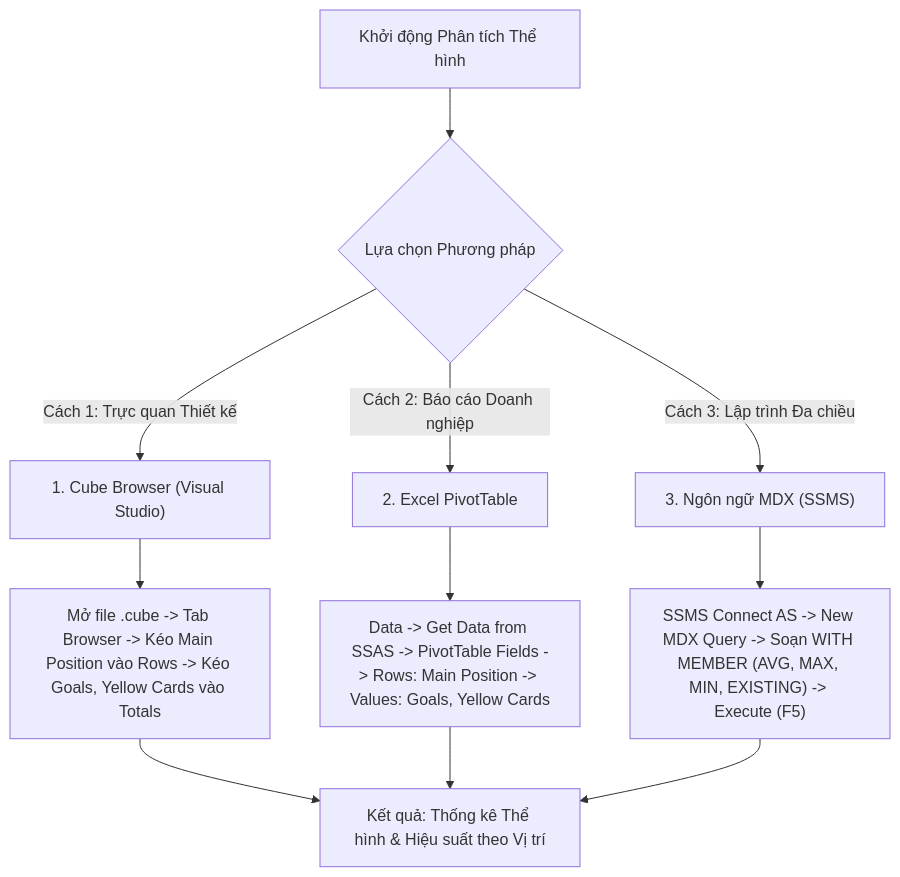
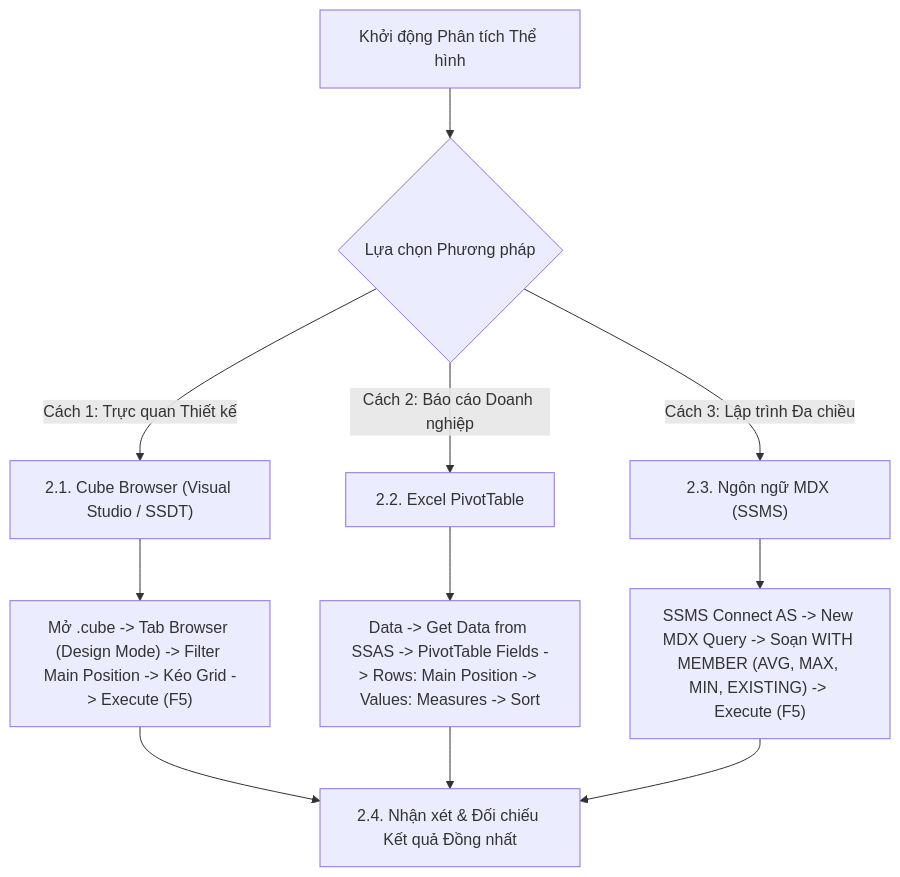
The diagram in mdx/query_06.md (snowflake-vibing/Kho_du_lieu_OLAP), drawn with Mermaid before and after one commit. The commit also changed other lines of this file and 9 other files, not shown here.

````diff
--- a/mdx/query_06.md
+++ b/mdx/query_06.md
@@ -38,16 +40,16 @@
 ```mermaid
 flowchart TD
     Start["Khởi động Phân tích Thể hình"] --> Choice{"Lựa chọn Phương pháp"}
 
-    Choice -->|"Cách 1: Trực quan Thiết kế"| CB["1. Cube Browser (Visual Studio)"]
-    Choice -->|"Cách 2: Báo cáo Doanh nghiệp"| Excel["2. Excel PivotTable"]
-    Choice -->|"Cách 3: Lập trình Đa chiều"| MDX["3. Ngôn ngữ MDX (SSMS)"]
+    Choice -->|"Cách 1: Trực quan Thiết kế"| CB["2.1. Cube Browser (Visual Studio / SSDT)"]
+    Choice -->|"Cách 2: Báo cáo Doanh nghiệp"| Excel["2.2. Excel PivotTable"]
+    Choice -->|"Cách 3: Lập trình Đa chiều"| MDX["2.3. Ngôn ngữ MDX (SSMS)"]
 
-    CB --> CB_Step["Mở file .cube -> Tab Browser -> Kéo Main Position vào Rows -> Kéo Goals, Yellow Cards vào Totals"]
-    Excel --> Excel_Step["Data -> Get Data from SSAS -> PivotTable Fields -> Rows: Main Position -> Values: Goals, Yellow Cards"]
+    CB --> CB_Step["Mở .cube -> Tab Browser (Design Mode) -> Filter Main Position -> Kéo Grid -> Execute (F5)"]
+    Excel --> Excel_Step["Data -> Get Data from SSAS -> PivotTable Fields -> Rows: Main Position -> Values: Measures -> Sort"]
     MDX --> MDX_Step["SSMS Connect AS -> New MDX Query -> Soạn WITH MEMBER (AVG, MAX, MIN, EXISTING) -> Execute (F5)"]
 
-    CB_Step --> Finish["Kết quả: Thống kê Thể hình & Hiệu suất theo Vị trí"]
+    CB_Step --> Finish["2.4. Nhận xét & Đối chiếu Kết quả Đồng nhất"]
     Excel_Step --> Finish
     MDX_Step --> Finish
 ```
````
